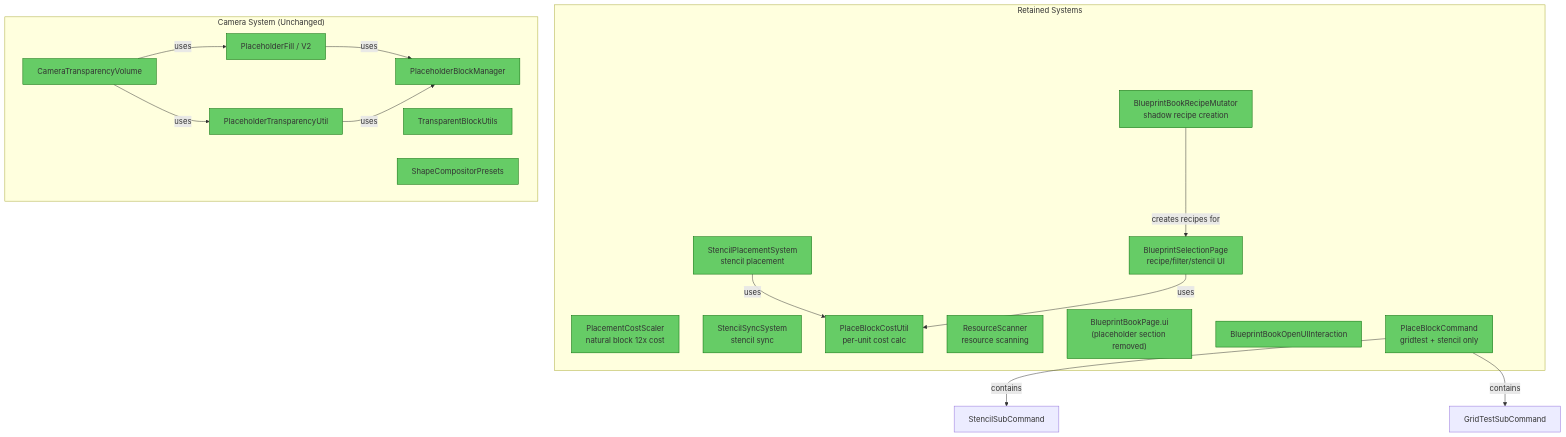
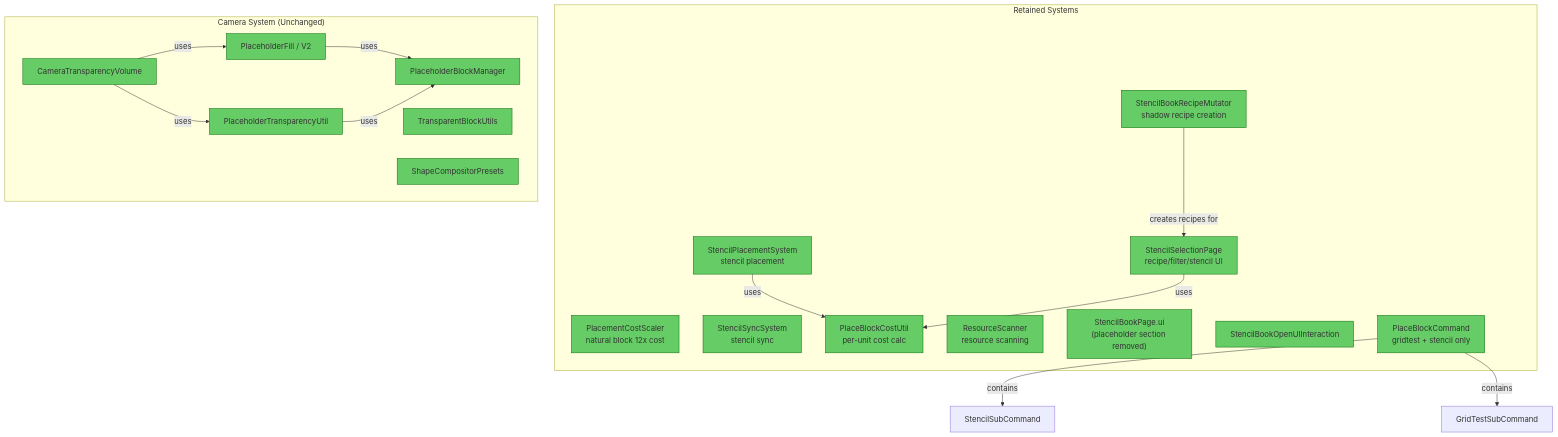
One commit to TheCodeCreature/Hytale-Example-Plugin changed the second of 2 diagrams in docs/review-placeholder-removal-map.md. Above: the diagram before and after it, drawn with Mermaid. The commit also changed other lines of this file and 289 other files, not shown here.

````diff
--- a/docs/review-placeholder-removal-map.md
+++ b/docs/review-placeholder-removal-map.md
@@ -159,36 +159,36 @@
 ```mermaid
 graph TB
     subgraph Keep["Retained Systems"]
         PCS["PlacementCostScaler\nnatural block 12x cost"]:::green
         SPS["StencilPlacementSystem\nstencil placement"]:::green
         SSS["StencilSyncSystem\nstencil sync"]:::green
         PBCU["PlaceBlockCostUtil\nper-unit cost calc"]:::green
-        BBRM["BlueprintBookRecipeMutator\nshadow recipe creation"]:::green
+        BBRM["StencilBookRecipeMutator\nshadow recipe creation"]:::green
         RS["ResourceScanner\nresource scanning"]:::green
-        BSP["BlueprintSelectionPage\nrecipe/filter/stencil UI"]:::green
-        BBP["BlueprintBookPage.ui\n(placeholder section removed)"]:::green
-        BBUI["BlueprintBookOpenUIInteraction"]:::green
+        BSP["StencilSelectionPage\nrecipe/filter/stencil UI"]:::green
+        BBP["StencilBookPage.ui\n(placeholder section removed)"]:::green
+        BBUI["StencilBookOpenUIInteraction"]:::green
         PBCmd["PlaceBlockCommand\ngridtest + stencil only"]:::green
     end
 
     subgraph CameraKeep["Camera System (Unchanged)"]
         PBMgr["PlaceholderBlockManager"]:::green
         PF["PlaceholderFill / V2"]:::green
         PTU["PlaceholderTransparencyUtil"]:::green
         TBU["TransparentBlockUtils"]:::green
         SCP["ShapeCompositorPresets"]:::green
         CTV["CameraTransparencyVolume"]:::green
     end
 
     SPS -->|"uses"| PBCU
     BSP -->|"uses"| PBCU
     BBRM -->|"creates recipes for"| BSP
     PBCmd -->|"contains"| SC1["StencilSubCommand"]
     PBCmd -->|"contains"| SC2["GridTestSubCommand"]
     CTV -->|"uses"| PF
     CTV -->|"uses"| PTU
     PF -->|"uses"| PBMgr
     PTU -->|"uses"| PBMgr
 
     classDef green fill:#6c6,stroke:#060
 ```
````
